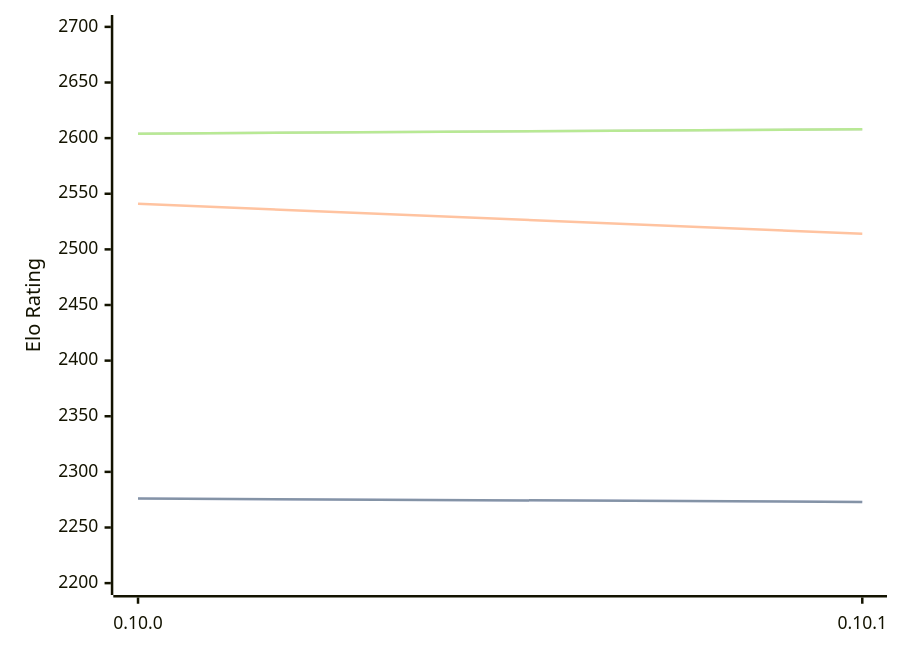
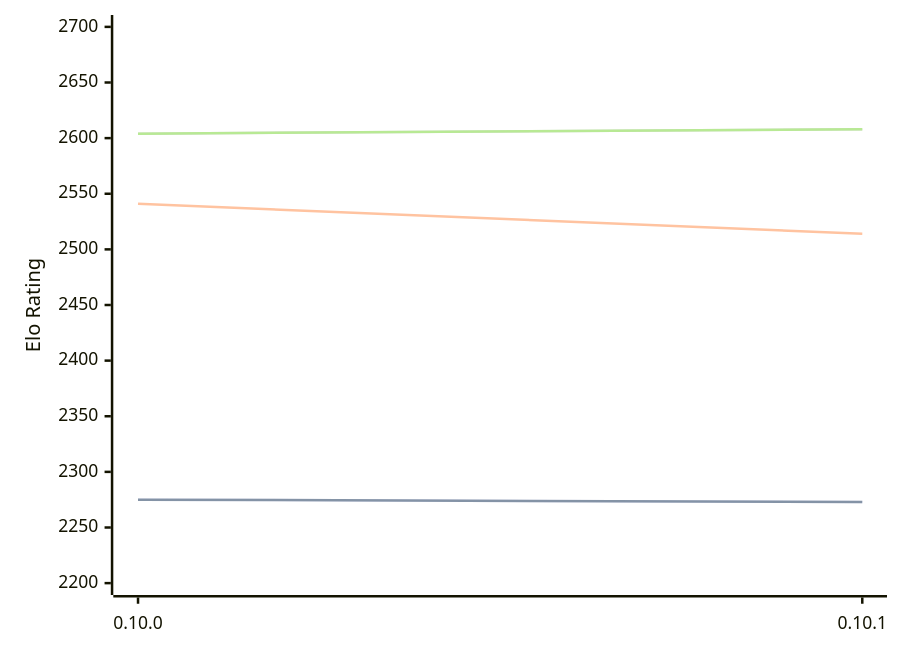
One commit to computer-chess-index/cci changed the diagram in engines/Fatalii.md. Above: the diagram before and after it, drawn with Mermaid. The commit also changed other lines of this file, not shown here.

````diff
--- a/engines/Fatalii.md
+++ b/engines/Fatalii.md
@@ -32,11 +32,11 @@
 ```mermaid
 %%{init: {"theme":"base","themeVariables":{"seriesColors:['#a3a3a3','#222221','#faa371']}}}%%
 xychart-beta
   x-axis ["0.10.0", "0.10.1"]
   y-axis "Elo Rating" 2200 --> 2700
-  line "" [2276, 2273]
-  line "STC (8.0+0.08s)" [2276, 2273]
+  line "" [2275, 2273]
+  line "STC (8.0+0.08s)" [2275, 2273]
   line "LTC (60.0+0.60s)" [2541, 2514]
   line "" [2604, 2608]
   line "VLTC (2m24s+1.12s)" [2604, 2608]
 ```
````
